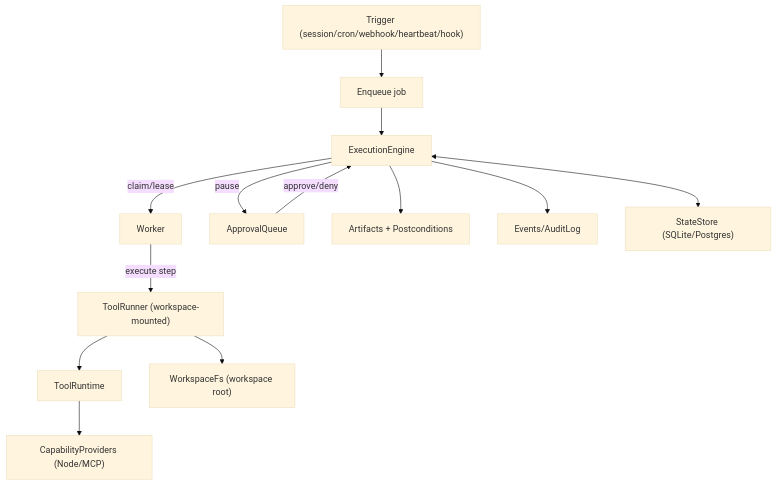
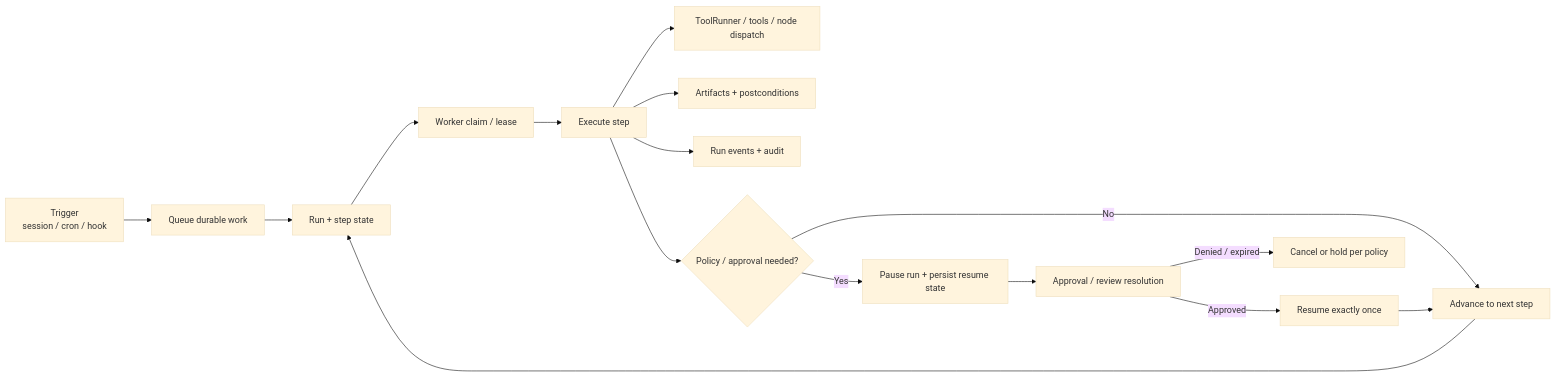
The diagram in docs/architecture/gateway/execution-engine/index.md (tyrumai/tyrum), drawn with Mermaid (base theme) before and after one commit. The commit also changed other lines of this file and 43 other files, not shown here.

First line of the commit message:
docs: rewrite architecture docs phase 2

````diff
--- a/docs/architecture/gateway/execution-engine/index.md
+++ b/docs/architecture/gateway/execution-engine/index.md
@@ -109,18 +17,19 @@
 ```mermaid
-flowchart TB
-  Trigger["Trigger (session/cron/webhook/heartbeat/hook)"] --> Enqueue["Enqueue job"]
-  Enqueue --> Engine["ExecutionEngine"]
+flowchart LR
+  Trigger["Trigger<br/>session / cron / hook"] --> Queue["Queue durable work"]
+  Queue --> Run["Run + step state"]
+  Run --> Claim["Worker claim / lease"]
+  Claim --> Execute["Execute step"]
+  Execute --> ToolRunner["ToolRunner / tools / node dispatch"]
+  Execute --> Evidence["Artifacts + postconditions"]
+  Execute --> Events["Run events + audit"]
 
-  Engine -->|claim/lease| Worker["Worker"]
-  Worker -->|execute step| ToolRunner["ToolRunner (workspace-mounted)"]
-  ToolRunner --> Tools["ToolRuntime"]
-  Tools --> Providers["CapabilityProviders (Node/MCP)"]
-
-  Engine -->|pause| Approvals["ApprovalQueue"]
-  Approvals -->|approve/deny| Engine
-
-  Engine --> Evidence["Artifacts + Postconditions"]
-  Engine --> Events["Events/AuditLog"]
-  Engine <--> DB["StateStore (SQLite/Postgres)"]
-  ToolRunner --> WorkspaceFs["WorkspaceFs (workspace root)"]
+  Execute --> Decision{"Policy / approval needed?"}
+  Decision -->|No| Next["Advance to next step"]
+  Decision -->|Yes| Pause["Pause run + persist resume state"]
+  Pause --> Approval["Approval / review resolution"]
+  Approval -->|Approved| Resume["Resume exactly once"]
+  Approval -->|Denied / expired| Cancel["Cancel or hold per policy"]
+  Resume --> Next
+  Next --> Run
 ```
````
